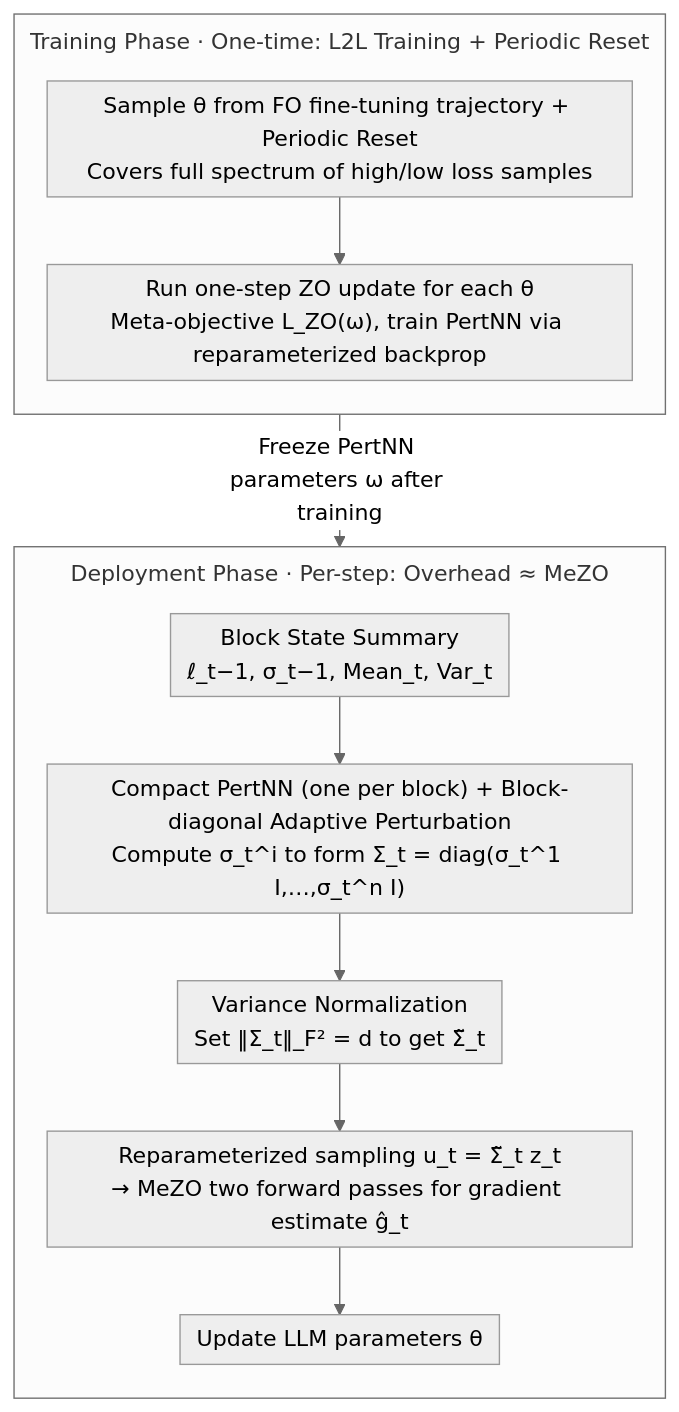
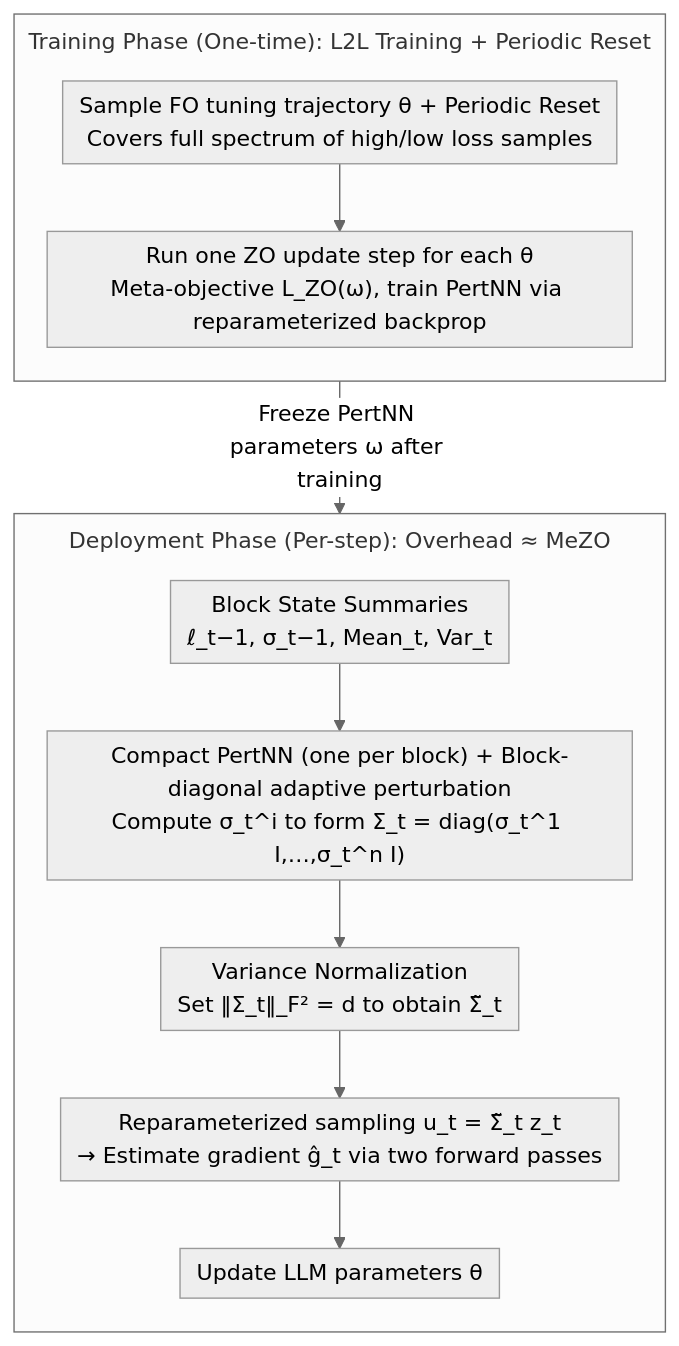
Before and after one commit to zhaoyang97/Paper-Notes-en: the diagram in docs/ICML2026/optimization/learning_a_zeroth-order_optimizer_for_fine-tuning_llms.md, drawn with Mermaid (neutral theme). The commit also changed other lines of this file and 5084 other files, not shown here.

````diff
--- a/docs/ICML2026/optimization/learning_a_zeroth-order_optimizer_for_fine-tuning_llms.md
+++ b/docs/ICML2026/optimization/learning_a_zeroth-order_optimizer_for_fine-tuning_llms.md
@@ -46,16 +46,16 @@
 ```mermaid
 %%{init: {'flowchart': {'rankSpacing': 24, 'nodeSpacing': 28, 'padding': 6, 'wrappingWidth': 400, 'subGraphTitleMargin': {'top': 8, 'bottom': 16}}}}%%
 flowchart TD
-    subgraph TRAIN["Training Phase · One-time: L2L Training + Periodic Reset"]
+    subgraph TRAIN["Training Phase (One-time): L2L Training + Periodic Reset"]
         direction TB
-        T1["Sample θ from FO fine-tuning trajectory + Periodic Reset<br/>Covers full spectrum of high/low loss samples"] --> T2["Run one-step ZO update for each θ<br/>Meta-objective L_ZO(ω), train PertNN via reparameterized backprop"]
+        T1["Sample FO tuning trajectory θ + Periodic Reset<br/>Covers full spectrum of high/low loss samples"] --> T2["Run one ZO update step for each θ<br/>Meta-objective L_ZO(ω), train PertNN via reparameterized backprop"]
     end
     TRAIN -->|Freeze PertNN parameters ω after training| P1
-    subgraph DEPLOY["Deployment Phase · Per-step: Overhead ≈ MeZO"]
+    subgraph DEPLOY["Deployment Phase (Per-step): Overhead ≈ MeZO"]
         direction TB
-        P1["Block State Summary<br/>ℓ_t−1, σ_t−1, Mean_t, Var_t"] --> P2["Compact PertNN (one per block) + Block-diagonal Adaptive Perturbation<br/>Compute σ_t^i to form Σ_t = diag(σ_t^1 I,…,σ_t^n I)"]
-        P2 --> P3["Variance Normalization<br/>Set ‖Σ_t‖_F² = d to get Σ̃_t"]
-        P3 --> P4["Reparameterized sampling u_t = Σ̃_t z_t<br/>→ MeZO two forward passes for gradient estimate ĝ_t"]
+        P1["Block State Summaries<br/>ℓ_t−1, σ_t−1, Mean_t, Var_t"] --> P2["Compact PertNN (one per block) + Block-diagonal adaptive perturbation<br/>Compute σ_t^i to form Σ_t = diag(σ_t^1 I,…,σ_t^n I)"]
+        P2 --> P3["Variance Normalization<br/>Set ‖Σ_t‖_F² = d to obtain Σ̃_t"]
+        P3 --> P4["Reparameterized sampling u_t = Σ̃_t z_t<br/>→ Estimate gradient ĝ_t via two forward passes"]
         P4 --> P5["Update LLM parameters θ"]
     end
 ```
````
